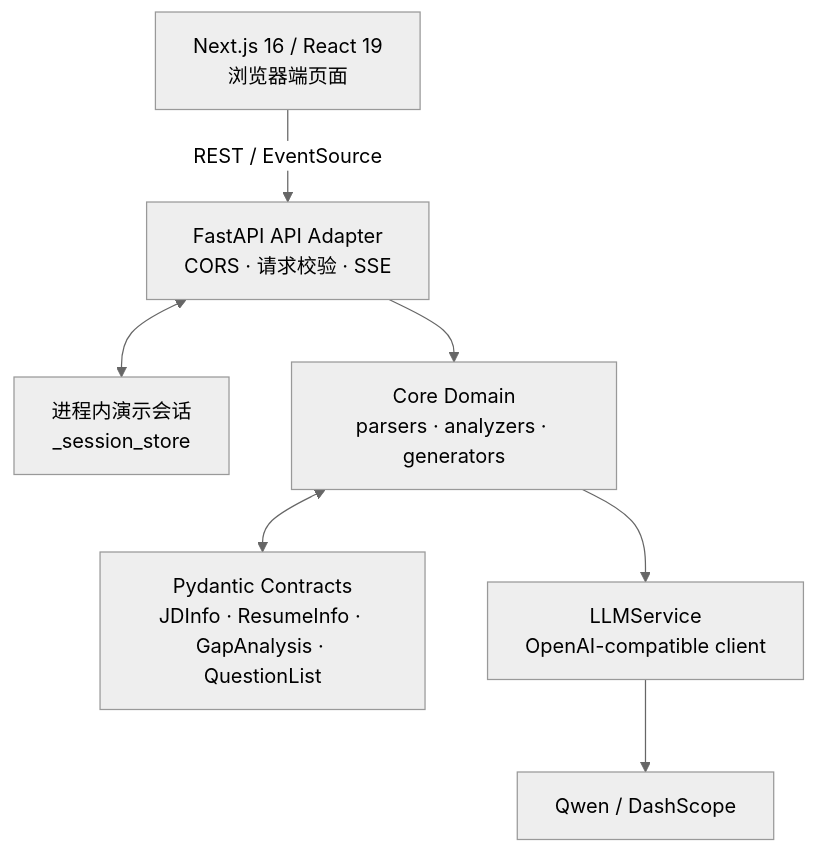
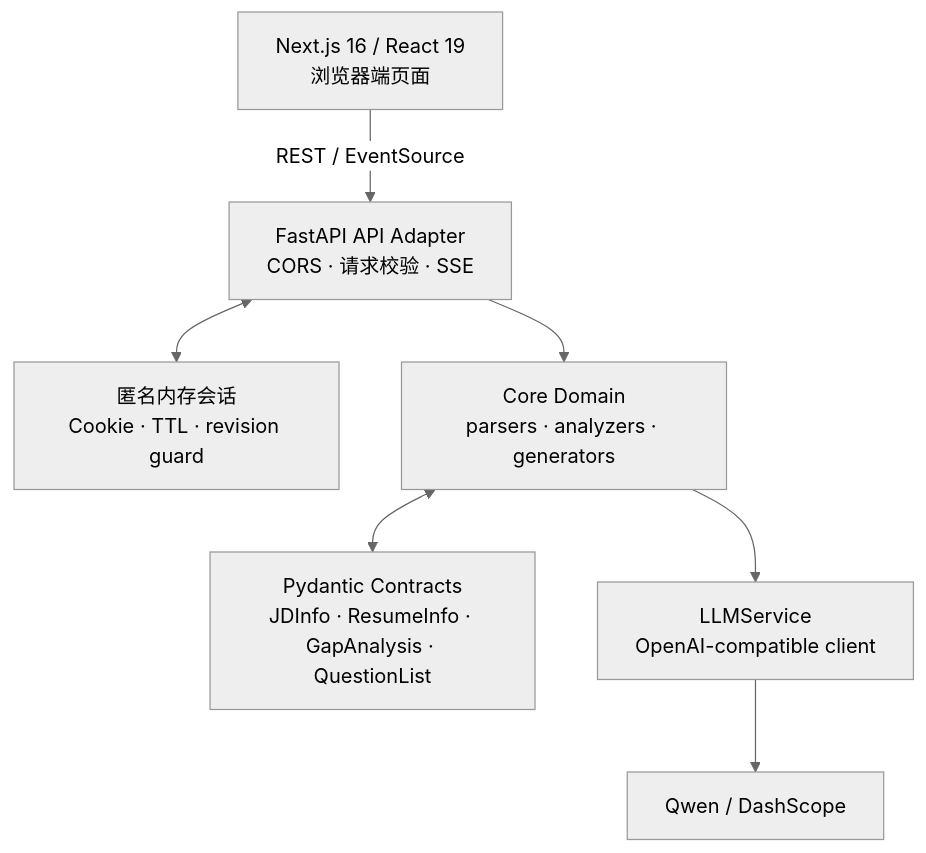
The first of 2 diagrams in Architecture.md (Dkgo-0323/Interview-Prep-Assistant), drawn with Mermaid (neutral theme) before and after one commit. The commit also changed other lines of this file and 25 other files, not shown here.

````diff
--- a/Architecture.md
+++ b/Architecture.md
@@ -9,17 +9,17 @@
 ```mermaid
 flowchart TB
   UI["Next.js 16 / React 19\n浏览器端页面"]
   API["FastAPI API Adapter\nCORS · 请求校验 · SSE"]
-  Session["进程内演示会话\n_session_store"]
+  Session["匿名内存会话\nCookie · TTL · revision guard"]
   Core["Core Domain\nparsers · analyzers · generators"]
   Models["Pydantic Contracts\nJDInfo · ResumeInfo · GapAnalysis · QuestionList"]
   LLM["LLMService\nOpenAI-compatible client"]
   Qwen["Qwen / DashScope"]
 
   UI -->|"REST / EventSource"| API
   API <--> Session
   API --> Core
   Core <--> Models
   Core --> LLM
   LLM --> Qwen
 ```
````
